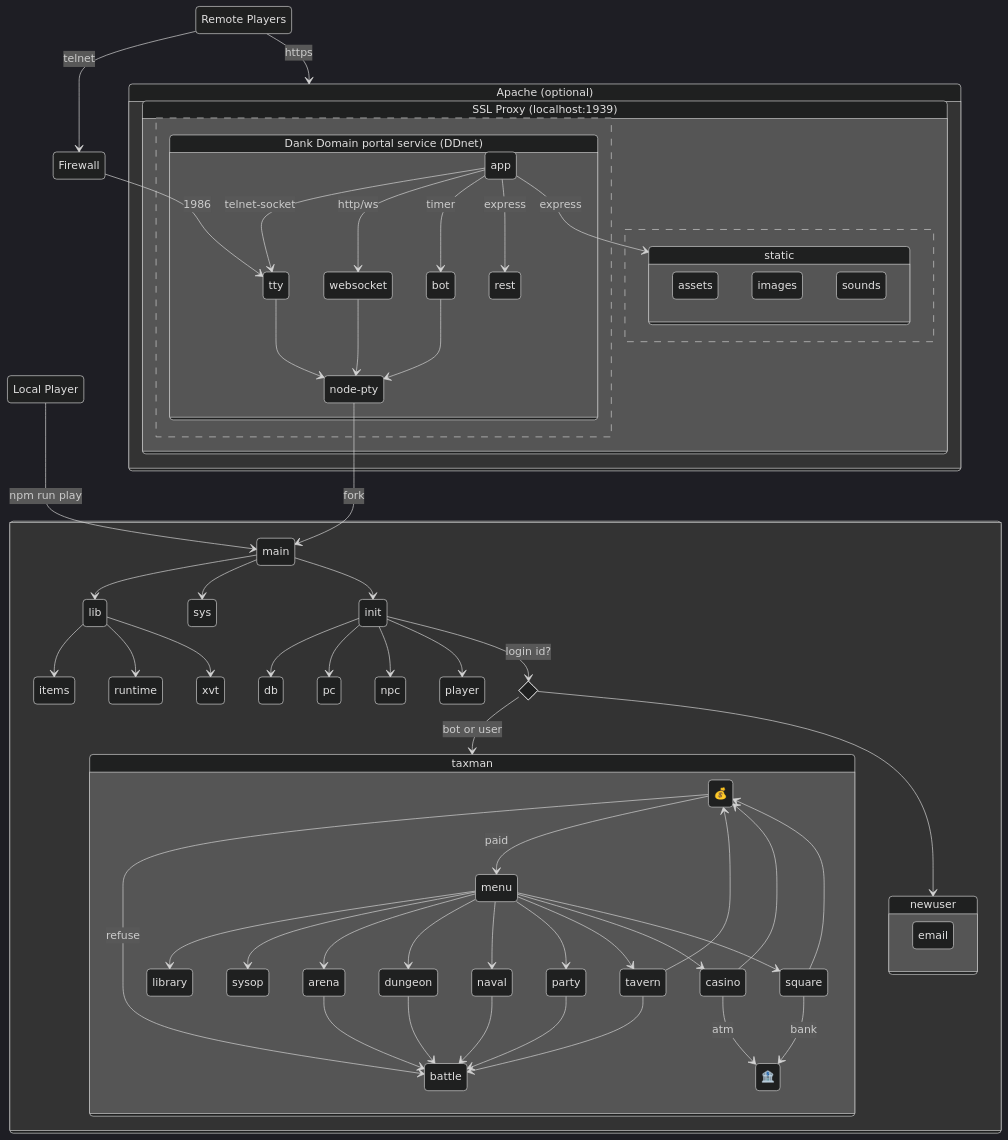
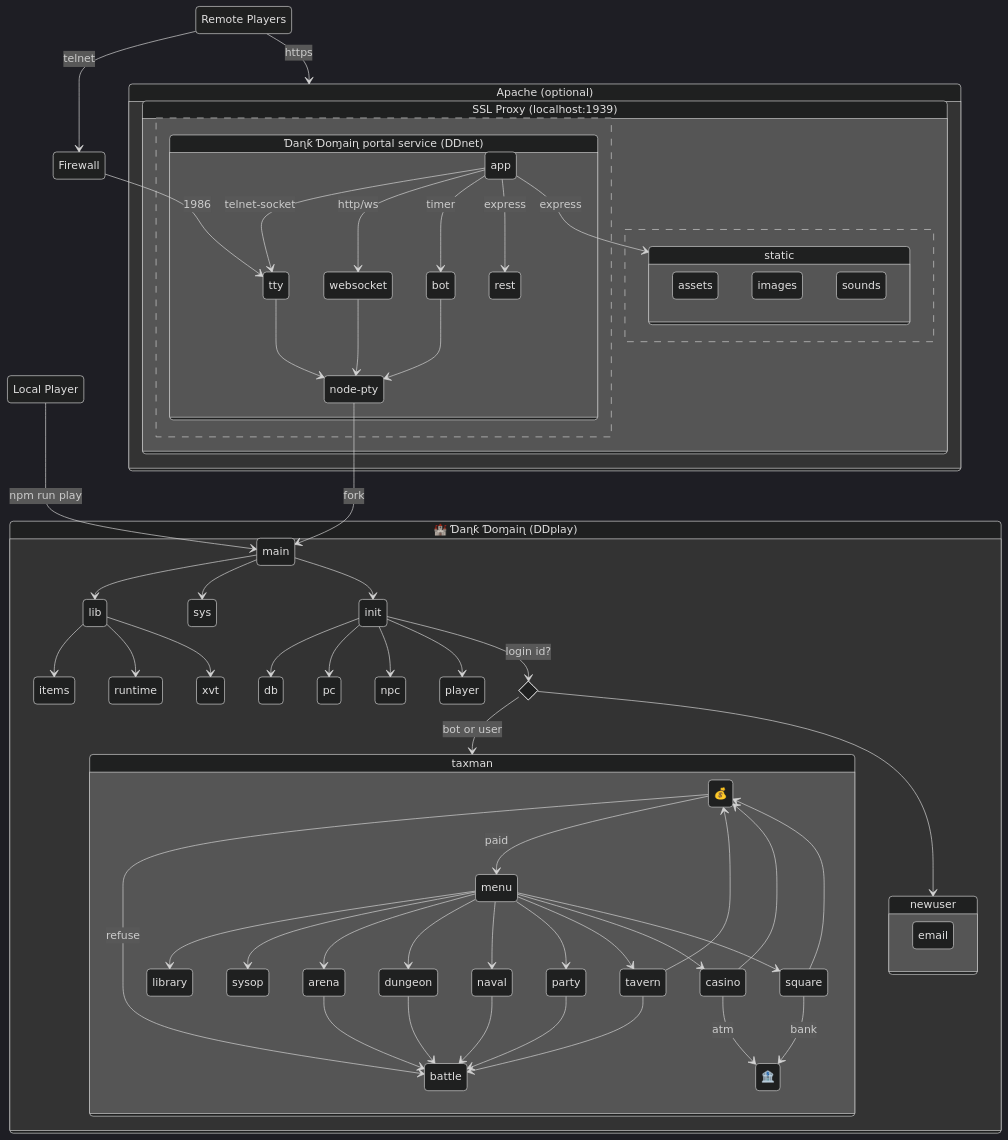
The diagram in README.md (theflyingape/dankdomain), drawn with Mermaid before and after one commit.

Commit message:
mermaid corrections

````diff
--- a/README.md
+++ b/README.md
@@ -29,78 +29,78 @@
 ```mermaid
 %%{init: {'theme':'dark'}}%%
 stateDiagram-v2
   direction TB
   Local : Local Player
   Local --> main : npm run play
   Remote : Remote Players
   Remote --> Firewall : telnet
   Remote --> Apache : https
   Firewall --> tty : 1986
   state "Apache (optional)" as Apache {
     state "SSL Proxy (localhost:1939)" as proxy {
-      state "Dank Domain portal service (DDnet)" as DDnet {
+      state "Ɗaɳƙ Ɗoɱaiɳ portal service (DDnet)" as DDnet {
         app --> tty : telnet-socket
         app --> websocket : http/ws
         app --> bot : timer
         app --> rest : express
         app --> static : express
         fork: node-pty
         tty --> fork
         websocket --> fork
         bot --> fork
         fork --> main : fork
       }
       --
       state static {
         assets
         images
         sounds
       }
     }
   }
 
-  state " " as DDgame {
+  state "🏰 Ɗaɳƙ Ɗoɱaiɳ (DDplay)" as DDplay {
     main --> lib
     lib --> items
     lib --> runtime
     lib --> xvt
     main --> sys
     main --> init
     init --> db
     init --> pc
     init --> npc
     init --> player
     state login <<choice>>
     init --> login : login id?
     login --> taxman : bot or user
     login --> newuser
     state newuser {
       email
     }
     state taxman {
       state "💰" as taxes
       taxes --> battle : refuse
       taxes --> menu : paid
       menu --> library
       menu --> sysop
       menu --> arena
       menu --> dungeon
       menu --> naval
       menu --> party
       menu --> tavern
       menu --> casino
       menu --> square
       arena --> battle
       dungeon --> battle
       naval --> battle
       party --> battle
       tavern --> battle
       casino --> taxes
       square --> taxes
       tavern --> taxes
       state "🏦" as bank
       casino --> bank : atm
       square --> bank : bank
     }
   }
 ```
````
